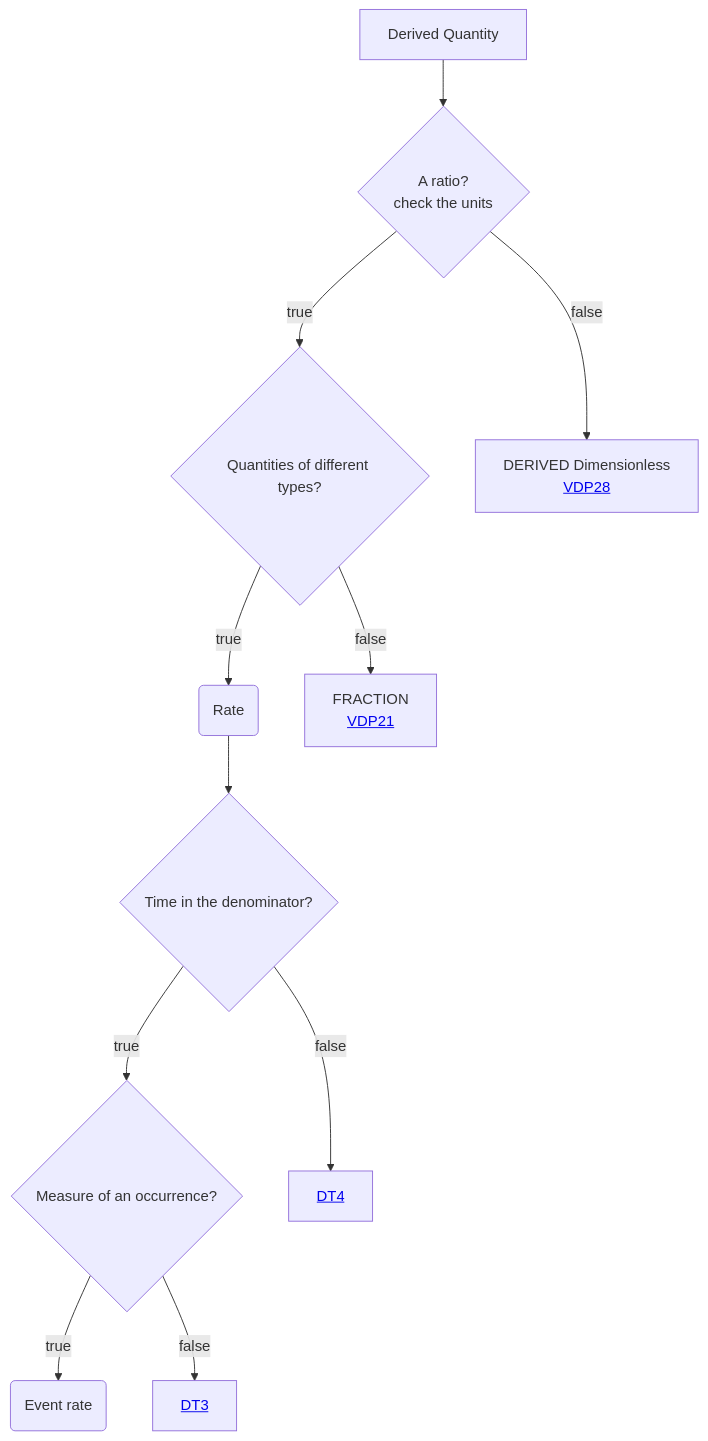
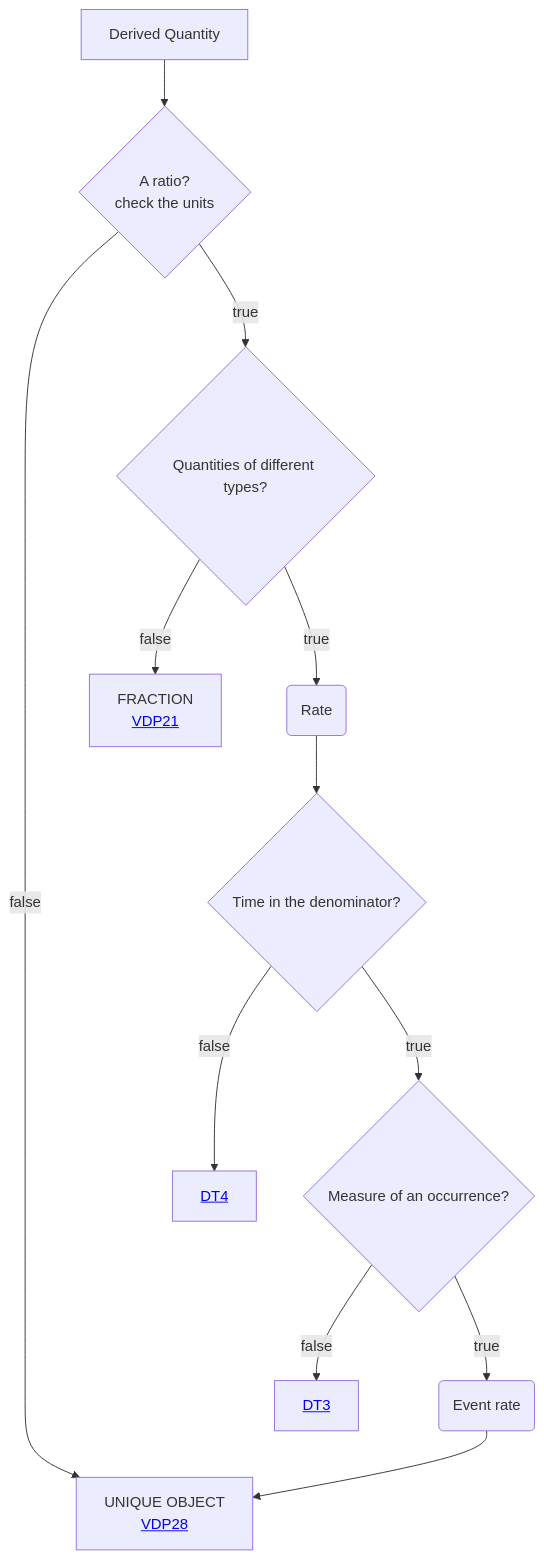
The diagram in Decisition_trees/DT2.mmd (mabablue/I-ADOPT-patterns-playground), drawn with Mermaid before and after one commit. The commit also changed other lines of this file, not shown here.

```diff
--- a/Decisition_trees/DT2.mmd
+++ b/Decisition_trees/DT2.mmd
@@ -1,11 +1,12 @@
 flowchart TD
     A[Derived Quantity] --> B{A ratio?<br>check the units}
     B --> |true|C{Quantities of different types?} 
-    B --> |false|I[DERIVED Dimensionless <br> <a href='https://github.com/mabablue/I-ADOPT-patterns-playground/blob/main/pattern/VDP28.yaml'>VDP28</a>]
+    B --> |false|I[UNIQUE OBJECT <br> <a href='https://github.com/mabablue/I-ADOPT-patterns-playground/blob/main/pattern/VDP28.yaml'>VDP28</a>]
     C --> |true|MN(Rate) 
     MN --> N{Time in the denominator?}
     C --> |false|D[FRACTION <br> <a href='https://github.com/mabablue/I-ADOPT-patterns-playground/blob/main/pattern/VDP21.yaml'>VDP21</a>]
     N --> |true|E{Measure of an occurrence?}
     N --> |false|O[<a href='https://github.com/mabablue/I-ADOPT-patterns-playground/blob/main/Decisition_trees/DT4.mmd'>DT4</a>]
     E --> |true|L(Event rate)
     E --> |false|K[<a href='https://github.com/mabablue/I-ADOPT-patterns-playground/blob/main/Decisition_trees/DT3.mmd'>DT3</a>]
+    L --> I
```
